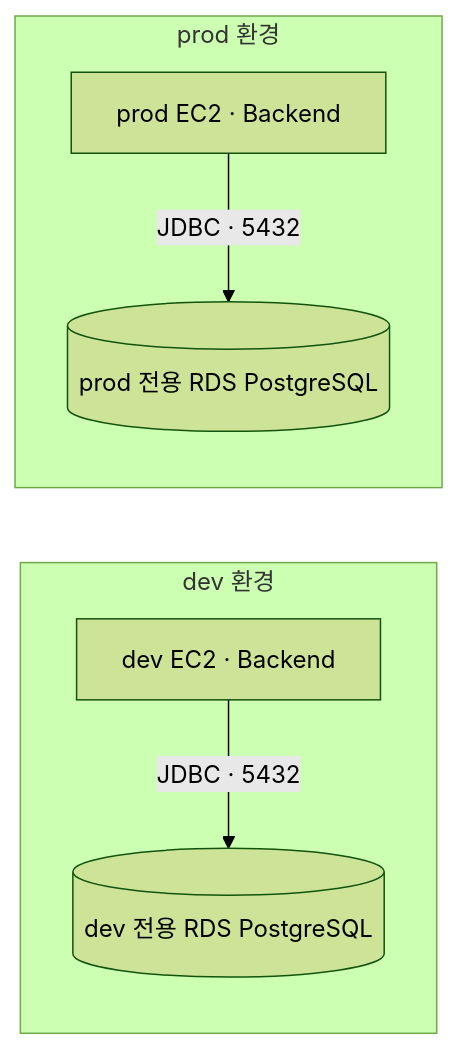
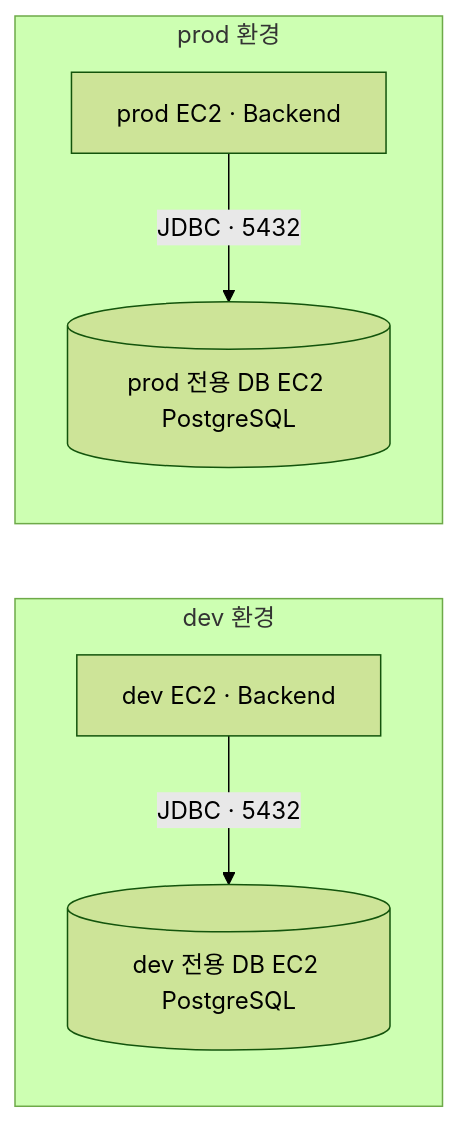
One commit to woowacourse-teams/2026-Harudle changed the second of 2 diagrams in AGENTS.md. Above: the diagram before and after it, drawn with Mermaid (forest theme). The commit also changed other lines of this file and 9 other files, not shown here.

Commit message:
chore(INFRA): EC2 PostgreSQL 모니터링 대상과 Agent 설정 정리

````diff
--- a/AGENTS.md
+++ b/AGENTS.md
@@ -67,9 +67,9 @@
 ```mermaid
 flowchart LR
     subgraph dev["dev 환경"]
-        devBackend["dev EC2 · Backend"] -->|"JDBC · 5432"| devRds[("dev 전용 RDS PostgreSQL")]
+        devBackend["dev EC2 · Backend"] -->|"JDBC · 5432"| devDb[("dev 전용 DB EC2 PostgreSQL")]
     end
     subgraph prod["prod 환경"]
-        prodBackend["prod EC2 · Backend"] -->|"JDBC · 5432"| prodRds[("prod 전용 RDS PostgreSQL")]
+        prodBackend["prod EC2 · Backend"] -->|"JDBC · 5432"| prodDb[("prod 전용 DB EC2 PostgreSQL")]
     end
 ```
````
